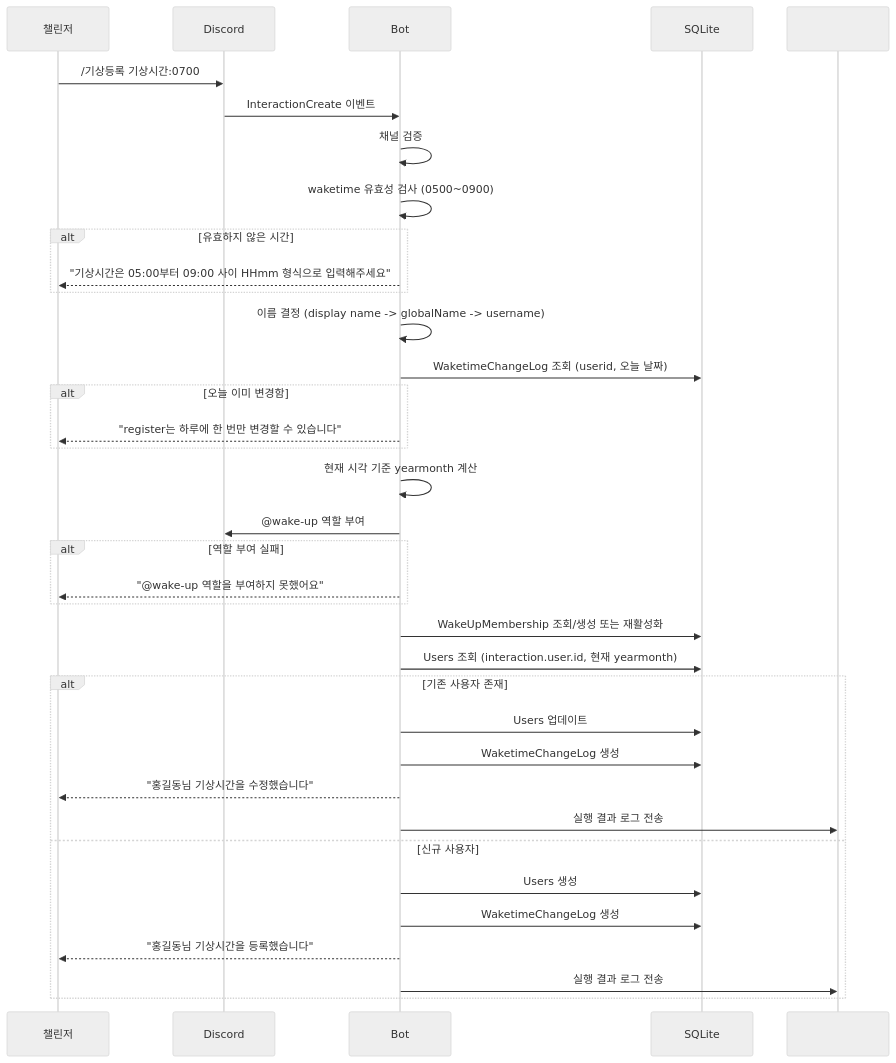
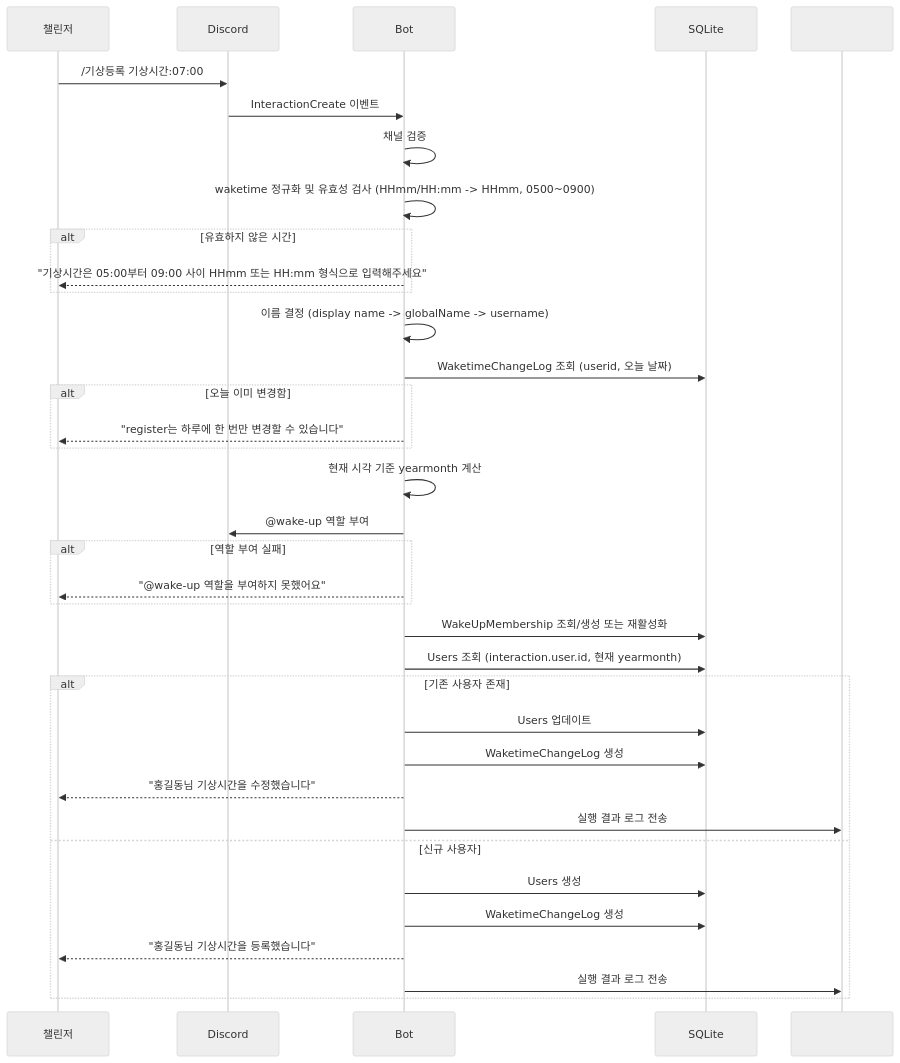
One commit to honki12345/haruharu-discord-bot changed the sixth of 20 diagrams in docs/USER_STORIES.md. Above: the diagram before and after it, drawn with Mermaid (neutral theme). The commit also changed other lines of this file and 8 other files, not shown here.

````diff
--- a/docs/USER_STORIES.md
+++ b/docs/USER_STORIES.md
@@ -218,46 +218,46 @@
 ```mermaid
 sequenceDiagram
     participant U as 챌린저
     participant D as Discord
     participant B as Bot
     participant DB as SQLite
     participant T as #test
 
-    U->>D: /기상등록 기상시간:0700
+    U->>D: /기상등록 기상시간:07:00
 
     D->>B: InteractionCreate 이벤트
     B->>B: 채널 검증
 
-    B->>B: waketime 유효성 검사 (0500~0900)
+    B->>B: waketime 정규화 및 유효성 검사 (HHmm/HH:mm -> HHmm, 0500~0900)
     alt 유효하지 않은 시간
-        B-->>U: "기상시간은 05:00부터 09:00 사이 HHmm 형식으로 입력해주세요"
+        B-->>U: "기상시간은 05:00부터 09:00 사이 HHmm 또는 HH:mm 형식으로 입력해주세요"
     end
 
     B->>B: 이름 결정 (display name -> globalName -> username)
 
     B->>DB: WaketimeChangeLog 조회 (userid, 오늘 날짜)
     alt 오늘 이미 변경함
         B-->>U: "register는 하루에 한 번만 변경할 수 있습니다"
     end
 
     B->>B: 현재 시각 기준 yearmonth 계산
     B->>D: @wake-up 역할 부여
     alt 역할 부여 실패
         B-->>U: "@wake-up 역할을 부여하지 못했어요"
     end
 
     B->>DB: WakeUpMembership 조회/생성 또는 재활성화
     B->>DB: Users 조회 (interaction.user.id, 현재 yearmonth)
 
     alt 기존 사용자 존재
         B->>DB: Users 업데이트
         B->>DB: WaketimeChangeLog 생성
         B-->>U: "홍길동님 기상시간을 수정했습니다"
         B->>T: 실행 결과 로그 전송
     else 신규 사용자
         B->>DB: Users 생성
         B->>DB: WaketimeChangeLog 생성
         B-->>U: "홍길동님 기상시간을 등록했습니다"
         B->>T: 실행 결과 로그 전송
     end
 ```
````
